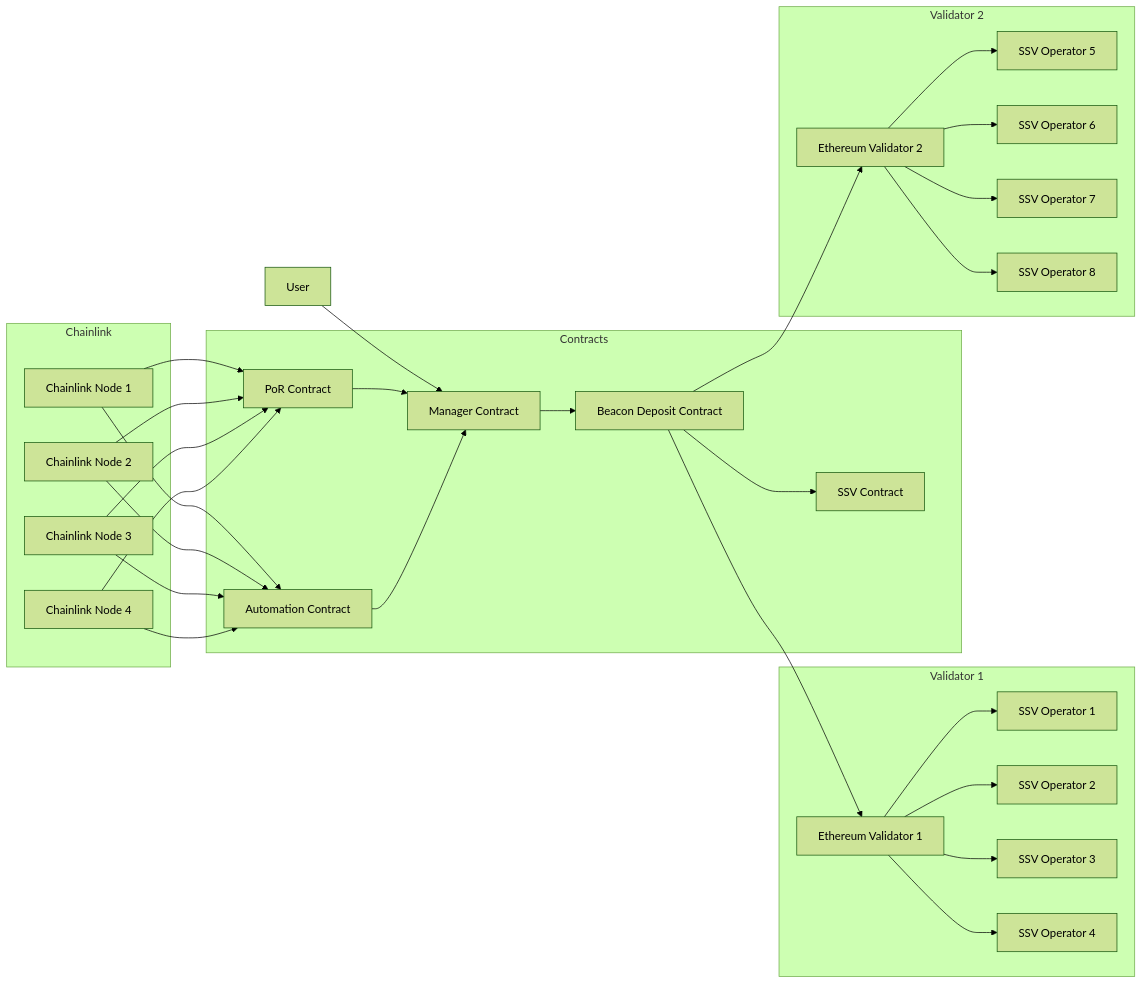
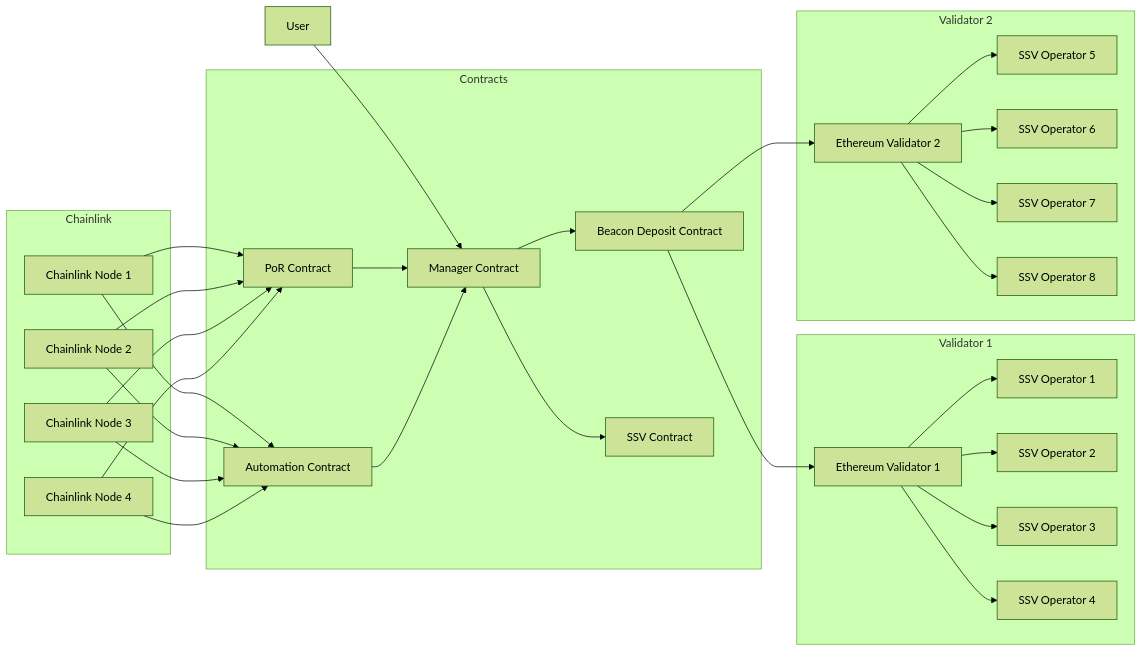
Before and after one commit to consensusnetworks/casimir: the diagram in contracts/ethereum/README.md, drawn with Mermaid (forest theme).

Commit message:
Fix ssv contract relationship

````diff
--- a/contracts/ethereum/README.md
+++ b/contracts/ethereum/README.md
@@ -9,52 +9,52 @@
 ```mermaid
 graph LR
     subgraph Contracts
         B[Manager Contract]
         C[Beacon Deposit Contract]
         D[SSV Contract]
         G[PoR Contract]
         H[Automation Contract]
     end
 
     A[User] --> B
 
     B --> C
-    C --> D
+    B --> D
 
     C --> E1[Ethereum Validator 1]
     C --> E2[Ethereum Validator 2]
 
     subgraph Validator 1
         E1 --> F11[SSV Operator 1]
         E1 --> F12[SSV Operator 2]
         E1 --> F13[SSV Operator 3]
         E1 --> F14[SSV Operator 4]
     end
     
     subgraph Validator 2
         E2 --> F21[SSV Operator 5]
         E2 --> F22[SSV Operator 6]
         E2 --> F23[SSV Operator 7]
         E2 --> F24[SSV Operator 8]
     end
 
     G --> B
     H --> B
     
     subgraph Chainlink
         I1[Chainlink Node 1]
         I2[Chainlink Node 2]
         I3[Chainlink Node 3]
         I4[Chainlink Node 4]
     end
 
     I1[Chainlink Node 1] --> G
     I2[Chainlink Node 2] --> G
     I3[Chainlink Node 3] --> G
     I4[Chainlink Node 4] --> G
     
     I1 --> H
     I2 --> H
     I3 --> H
     I4 --> H
 ```
````
